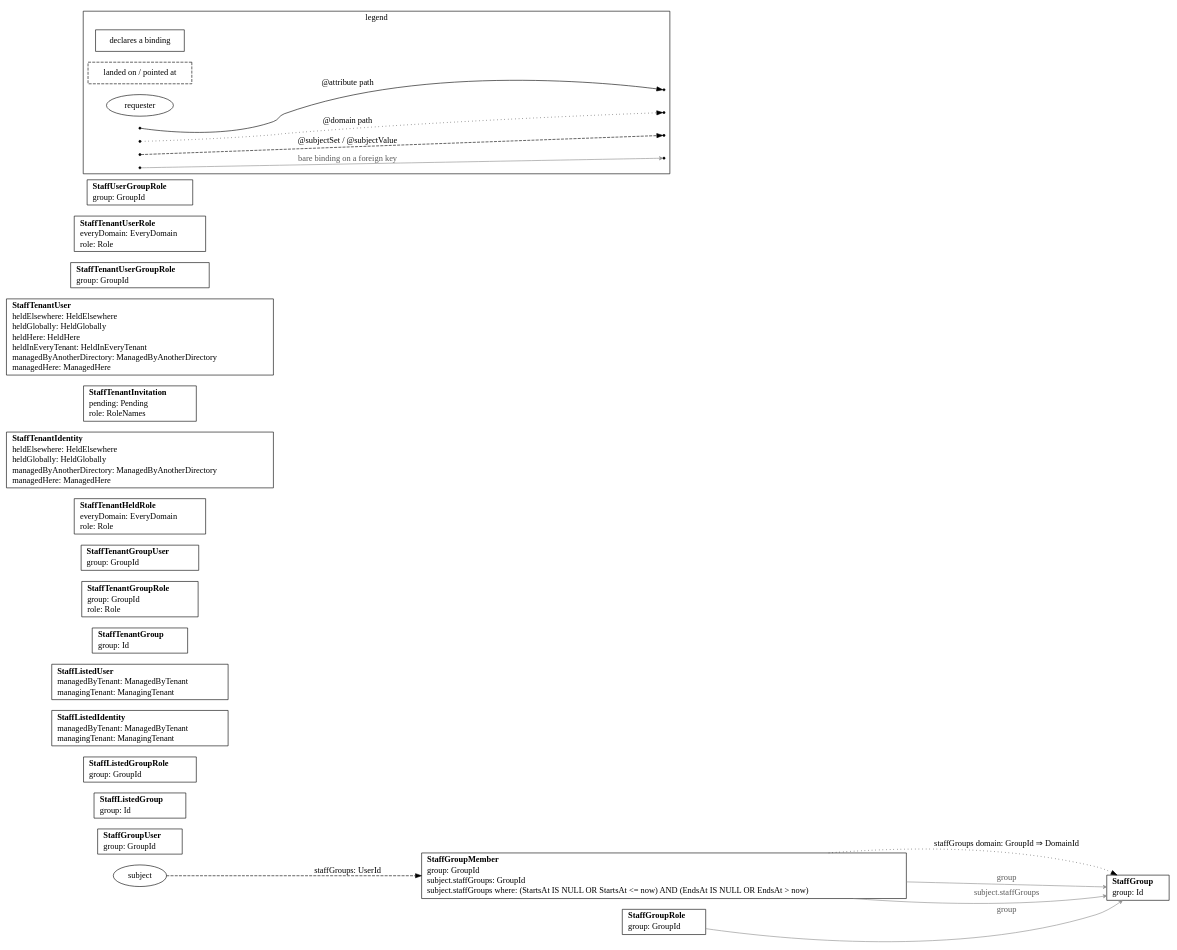
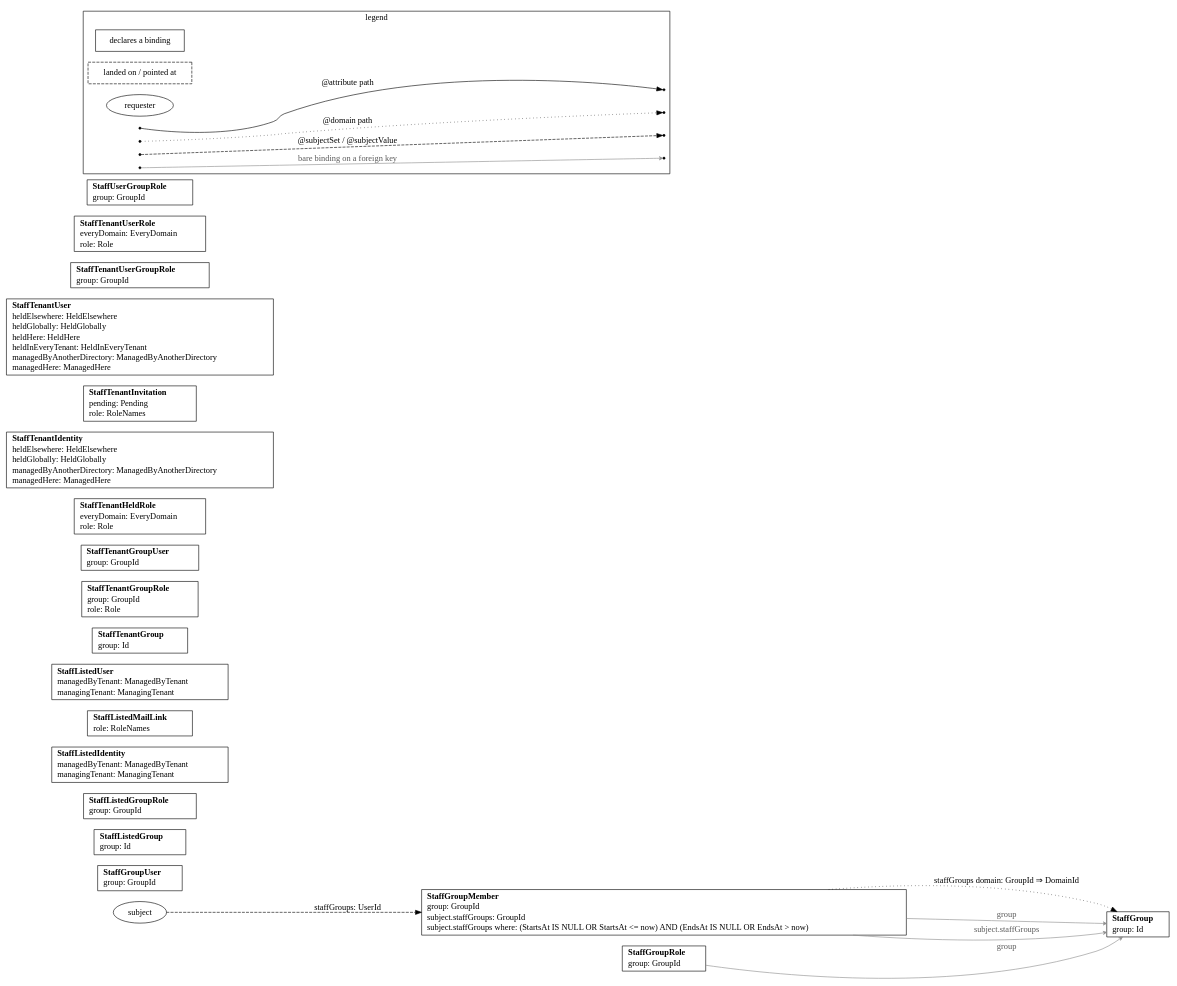
Before and after one commit to impulseframework/impulse: the diagram in cmd/impulse/internal/skeleton/_candidates/sites/apps/console/pkg/resources/zz_gen_bindings.dot, drawn with Graphviz. The commit also changed 223 other files, not shown here.

```diff
--- a/cmd/impulse/internal/skeleton/_candidates/sites/apps/console/pkg/resources/zz_gen_bindings.dot
+++ b/cmd/impulse/internal/skeleton/_candidates/sites/apps/console/pkg/resources/zz_gen_bindings.dot
@@ -1,64 +1,65 @@
 // Code generated by resourcegeneration. DO NOT EDIT.
 // Bindings: every attribute and subject binding this package declares. A box per
 // declaring resource lists its bare bindings as `name: column`; dashed boxes are
 // the tables a path lands on or a foreign key points at; the subject ellipse is
 // the requester, entering each anchor once with every name it yields there. One
 // edge per hop, drawn once however many paths share it: solid for @attribute,
 // dotted for @domain, dashed for a subject binding, labeled `name: column` on a
 // continuing hop and `name: column ⇒ column` where the path terminates; a thin
 // gray edge points a bare binding on a foreign key at its table. Facts only: no
 // grant or condition is drawn.
 // A subject set that writes a who: or a where: part lists each under the set, in
 // the columns' names: who: says which rows are the requester's, where: which of
 // those rows count. A set that builds on another is a dashed edge from the
 // resource declaring that other set, labeled `name: column IN subject.other`.
 // A subject set that writes a domain: part says where its rows' tenant is found,
 // and in a request with a tenant the set holds that tenant's rows alone. The path
 // is drawn dotted, as @domain's is, under the set's name: `name domain: column` on
 // a continuing hop and `name domain: column ⇒ column` where it reads the tenant.
 digraph Bindings {
 	rankdir=LR;
 	node [shape=box];
 	"StaffGroup" [label=<<table border="0" cellborder="0" cellspacing="0" cellpadding="1"><tr><td align="left"><b>StaffGroup</b></td></tr><tr><td align="left">group: Id</td></tr></table>>];
 	"StaffGroupMember" [label=<<table border="0" cellborder="0" cellspacing="0" cellpadding="1"><tr><td align="left"><b>StaffGroupMember</b></td></tr><tr><td align="left">group: GroupId</td></tr><tr><td align="left">subject.staffGroups: GroupId</td></tr><tr><td align="left">subject.staffGroups where: (StartsAt IS NULL OR StartsAt &lt;= now) AND (EndsAt IS NULL OR EndsAt &gt; now)</td></tr></table>>];
 	"StaffGroupRole" [label=<<table border="0" cellborder="0" cellspacing="0" cellpadding="1"><tr><td align="left"><b>StaffGroupRole</b></td></tr><tr><td align="left">group: GroupId</td></tr></table>>];
 	"StaffGroupUser" [label=<<table border="0" cellborder="0" cellspacing="0" cellpadding="1"><tr><td align="left"><b>StaffGroupUser</b></td></tr><tr><td align="left">group: GroupId</td></tr></table>>];
 	"StaffListedGroup" [label=<<table border="0" cellborder="0" cellspacing="0" cellpadding="1"><tr><td align="left"><b>StaffListedGroup</b></td></tr><tr><td align="left">group: Id</td></tr></table>>];
 	"StaffListedGroupRole" [label=<<table border="0" cellborder="0" cellspacing="0" cellpadding="1"><tr><td align="left"><b>StaffListedGroupRole</b></td></tr><tr><td align="left">group: GroupId</td></tr></table>>];
 	"StaffListedIdentity" [label=<<table border="0" cellborder="0" cellspacing="0" cellpadding="1"><tr><td align="left"><b>StaffListedIdentity</b></td></tr><tr><td align="left">managedByTenant: ManagedByTenant</td></tr><tr><td align="left">managingTenant: ManagingTenant</td></tr></table>>];
+	"StaffListedMailLink" [label=<<table border="0" cellborder="0" cellspacing="0" cellpadding="1"><tr><td align="left"><b>StaffListedMailLink</b></td></tr><tr><td align="left">role: RoleNames</td></tr></table>>];
 	"StaffListedUser" [label=<<table border="0" cellborder="0" cellspacing="0" cellpadding="1"><tr><td align="left"><b>StaffListedUser</b></td></tr><tr><td align="left">managedByTenant: ManagedByTenant</td></tr><tr><td align="left">managingTenant: ManagingTenant</td></tr></table>>];
 	"StaffTenantGroup" [label=<<table border="0" cellborder="0" cellspacing="0" cellpadding="1"><tr><td align="left"><b>StaffTenantGroup</b></td></tr><tr><td align="left">group: Id</td></tr></table>>];
 	"StaffTenantGroupRole" [label=<<table border="0" cellborder="0" cellspacing="0" cellpadding="1"><tr><td align="left"><b>StaffTenantGroupRole</b></td></tr><tr><td align="left">group: GroupId</td></tr><tr><td align="left">role: Role</td></tr></table>>];
 	"StaffTenantGroupUser" [label=<<table border="0" cellborder="0" cellspacing="0" cellpadding="1"><tr><td align="left"><b>StaffTenantGroupUser</b></td></tr><tr><td align="left">group: GroupId</td></tr></table>>];
 	"StaffTenantHeldRole" [label=<<table border="0" cellborder="0" cellspacing="0" cellpadding="1"><tr><td align="left"><b>StaffTenantHeldRole</b></td></tr><tr><td align="left">everyDomain: EveryDomain</td></tr><tr><td align="left">role: Role</td></tr></table>>];
 	"StaffTenantIdentity" [label=<<table border="0" cellborder="0" cellspacing="0" cellpadding="1"><tr><td align="left"><b>StaffTenantIdentity</b></td></tr><tr><td align="left">heldElsewhere: HeldElsewhere</td></tr><tr><td align="left">heldGlobally: HeldGlobally</td></tr><tr><td align="left">managedByAnotherDirectory: ManagedByAnotherDirectory</td></tr><tr><td align="left">managedHere: ManagedHere</td></tr></table>>];
 	"StaffTenantInvitation" [label=<<table border="0" cellborder="0" cellspacing="0" cellpadding="1"><tr><td align="left"><b>StaffTenantInvitation</b></td></tr><tr><td align="left">pending: Pending</td></tr><tr><td align="left">role: RoleNames</td></tr></table>>];
 	"StaffTenantUser" [label=<<table border="0" cellborder="0" cellspacing="0" cellpadding="1"><tr><td align="left"><b>StaffTenantUser</b></td></tr><tr><td align="left">heldElsewhere: HeldElsewhere</td></tr><tr><td align="left">heldGlobally: HeldGlobally</td></tr><tr><td align="left">heldHere: HeldHere</td></tr><tr><td align="left">heldInEveryTenant: HeldInEveryTenant</td></tr><tr><td align="left">managedByAnotherDirectory: ManagedByAnotherDirectory</td></tr><tr><td align="left">managedHere: ManagedHere</td></tr></table>>];
 	"StaffTenantUserGroupRole" [label=<<table border="0" cellborder="0" cellspacing="0" cellpadding="1"><tr><td align="left"><b>StaffTenantUserGroupRole</b></td></tr><tr><td align="left">group: GroupId</td></tr></table>>];
 	"StaffTenantUserRole" [label=<<table border="0" cellborder="0" cellspacing="0" cellpadding="1"><tr><td align="left"><b>StaffTenantUserRole</b></td></tr><tr><td align="left">everyDomain: EveryDomain</td></tr><tr><td align="left">role: Role</td></tr></table>>];
 	"StaffUserGroupRole" [label=<<table border="0" cellborder="0" cellspacing="0" cellpadding="1"><tr><td align="left"><b>StaffUserGroupRole</b></td></tr><tr><td align="left">group: GroupId</td></tr></table>>];
 	"subject" [shape=ellipse];
 	"StaffGroupMember" -> "StaffGroup" [style=dotted, label="staffGroups domain: GroupId ⇒ DomainId"];
 	"subject" -> "StaffGroupMember" [style=dashed, label="staffGroups: UserId"];
 	"StaffGroupMember" -> "StaffGroup" [color=gray55, fontcolor=gray35, arrowhead=vee, arrowsize=0.6, label="group"];
 	"StaffGroupMember" -> "StaffGroup" [color=gray55, fontcolor=gray35, arrowhead=vee, arrowsize=0.6, label="subject.staffGroups"];
 	"StaffGroupRole" -> "StaffGroup" [color=gray55, fontcolor=gray35, arrowhead=vee, arrowsize=0.6, label="group"];
 	subgraph cluster_legend {
 		label="legend";
 		"declares a binding" [shape=box];
 		"landed on / pointed at" [shape=box, style=dashed];
 		"requester" [shape=ellipse];
 		"legend:attribute" [shape=point];
 		"legend:attribute:to" [shape=point];
 		"legend:domain" [shape=point];
 		"legend:domain:to" [shape=point];
 		"legend:subject" [shape=point];
 		"legend:subject:to" [shape=point];
 		"legend:reference" [shape=point];
 		"legend:reference:to" [shape=point];
 		"legend:attribute" -> "legend:attribute:to" [label="@attribute path"];
 		"legend:domain" -> "legend:domain:to" [style=dotted, label="@domain path"];
 		"legend:subject" -> "legend:subject:to" [style=dashed, label="@subjectSet / @subjectValue"];
 		"legend:reference" -> "legend:reference:to" [color=gray55, fontcolor=gray35, arrowhead=vee, arrowsize=0.6, label="bare binding on a foreign key"];
 	}
 }
```
